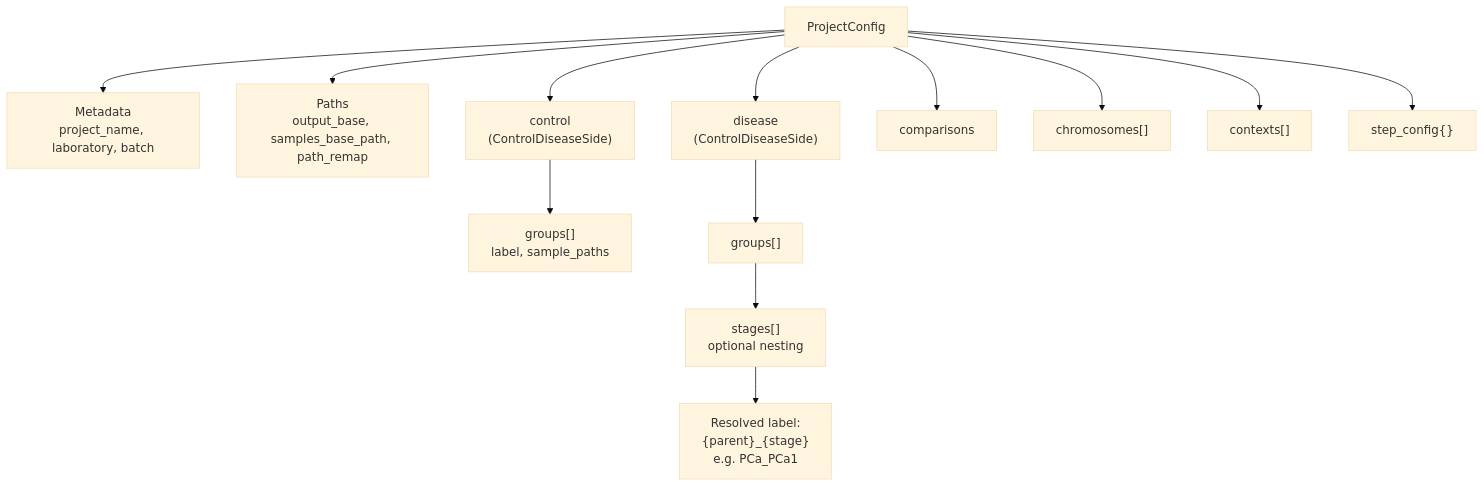
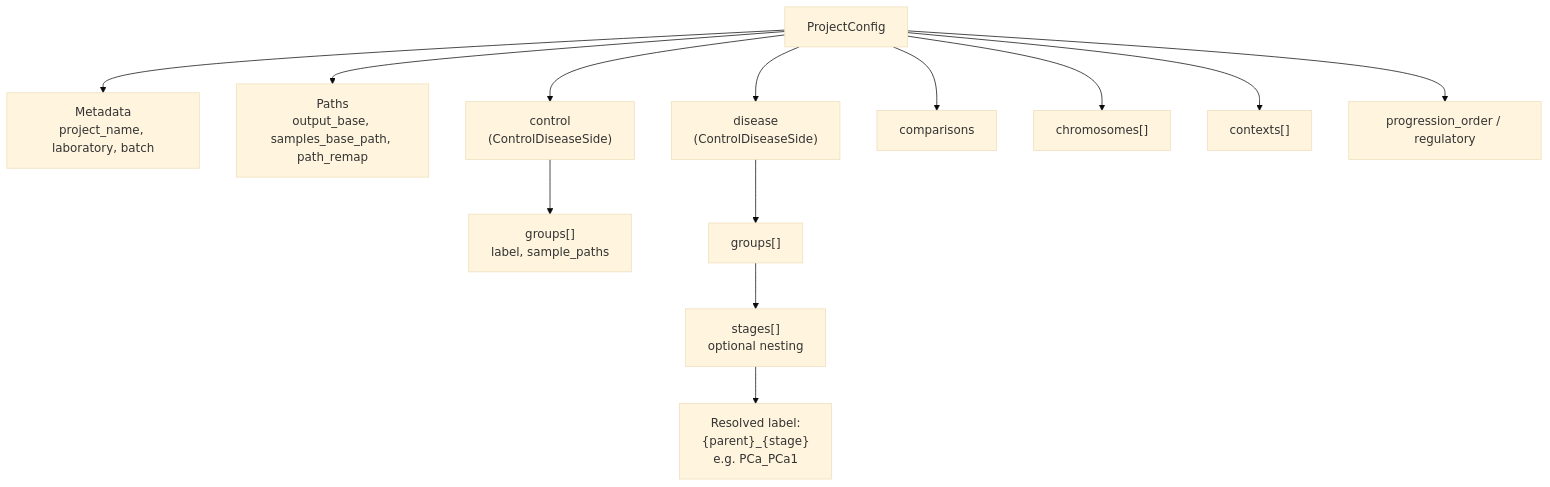
One commit to Goliath-Research/GoliathWorkflow changed the third of 14 diagrams in workflow_engine/docs/pipeline_architecture.md. Above: the diagram before and after it, drawn with Mermaid (base theme). The commit also changed other lines of this file and 106 other files, not shown here.

First line of the commit message:
Update CI pipeline for documentation freshness and diagram rendering

````diff
--- a/workflow_engine/docs/pipeline_architecture.md
+++ b/workflow_engine/docs/pipeline_architecture.md
@@ -192,16 +195,16 @@
 ```mermaid
 flowchart TD
   root["ProjectConfig"]
   root --> meta["Metadata\nproject_name, laboratory, batch"]
   root --> paths["Paths\noutput_base, samples_base_path, path_remap"]
   root --> ctrl["control\n(ControlDiseaseSide)"]
   root --> dis["disease\n(ControlDiseaseSide)"]
   root --> cmp["comparisons"]
   root --> chr["chromosomes[]"]
   root --> ctx["contexts[]"]
-  root --> sc["step_config{}"]
+  root --> po["progression_order / regulatory"]
   ctrl --> g1["groups[]\nlabel, sample_paths"]
   dis --> g2["groups[]"]
   g2 --> stages["stages[]\noptional nesting"]
   stages --> leaf["Resolved label:\n{parent}_{stage}\ne.g. PCa_PCa1"]
 ```
````
